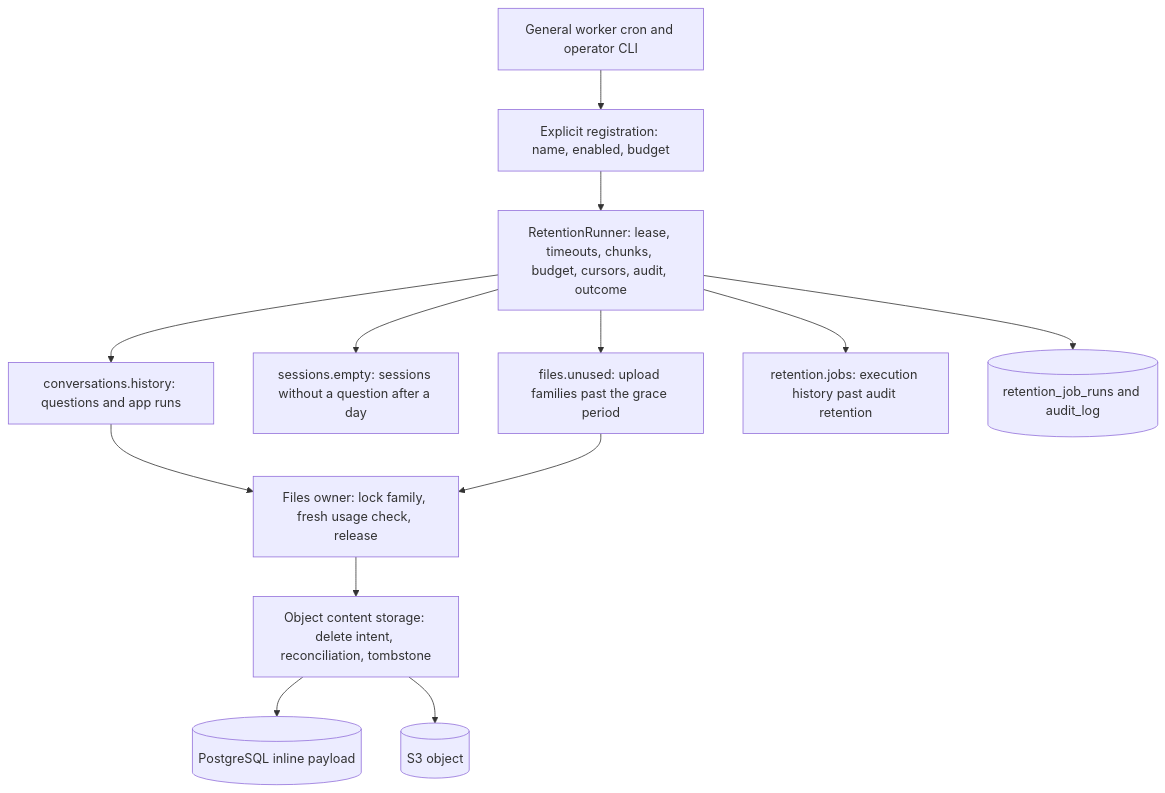
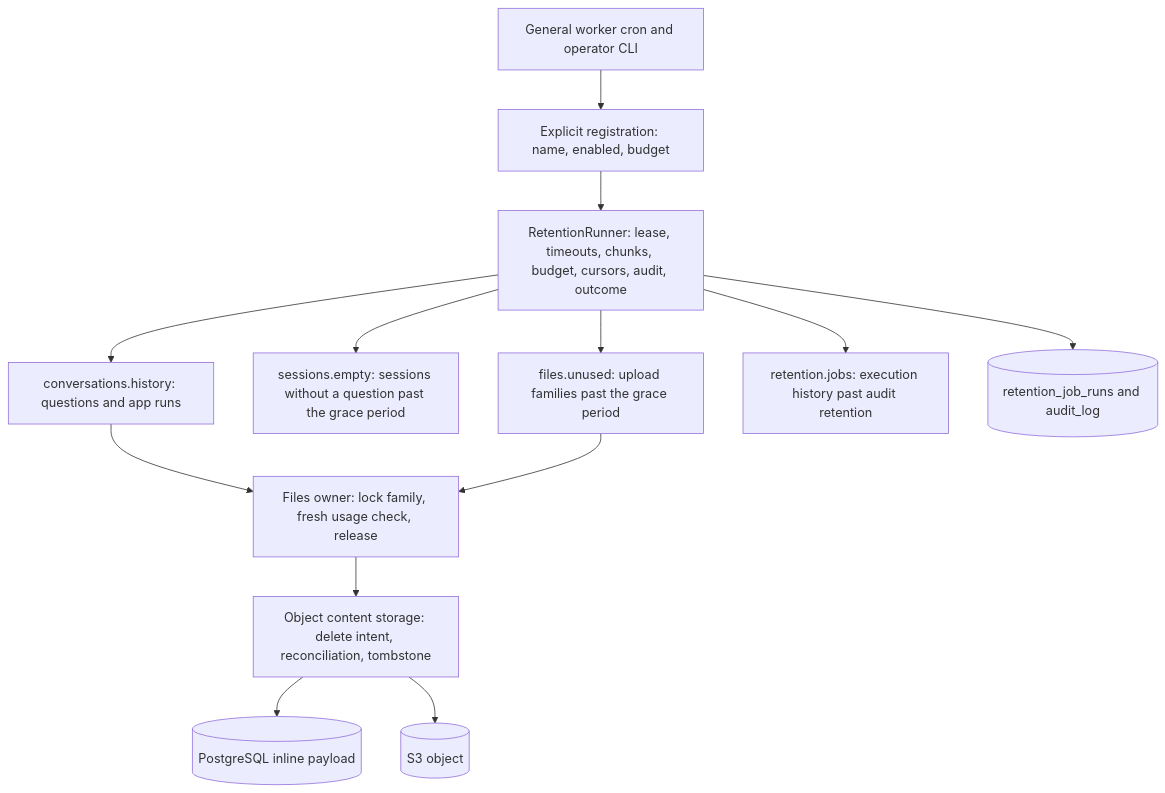
One commit to eneo-ai/eneo changed the second of 5 diagrams in docs/adr/retention-engine.md. Above: the diagram before and after it, drawn with Mermaid. The commit also changed other lines of this file and 48 other files, not shown here.

````diff
--- a/docs/adr/retention-engine.md
+++ b/docs/adr/retention-engine.md
@@ -123,15 +147,15 @@
 ```mermaid
 flowchart TD
     CRON[General worker cron and operator CLI] --> REG[Explicit registration: name, enabled, budget]
     REG --> R[RetentionRunner: lease, timeouts, chunks, budget, cursors, audit, outcome]
     R --> H[conversations.history: questions and app runs]
-    R --> S[sessions.empty: sessions without a question after a day]
+    R --> S[sessions.empty: sessions without a question past the grace period]
     R --> U[files.unused: upload families past the grace period]
     R --> J[retention.jobs: execution history past audit retention]
     H --> F[Files owner: lock family, fresh usage check, release]
     U --> F
     F --> OC[Object content storage: delete intent, reconciliation, tombstone]
     OC --> PG[(PostgreSQL inline payload)]
     OC --> S3[(S3 object)]
     R --> A[(retention_job_runs and audit_log)]
 ```
````
